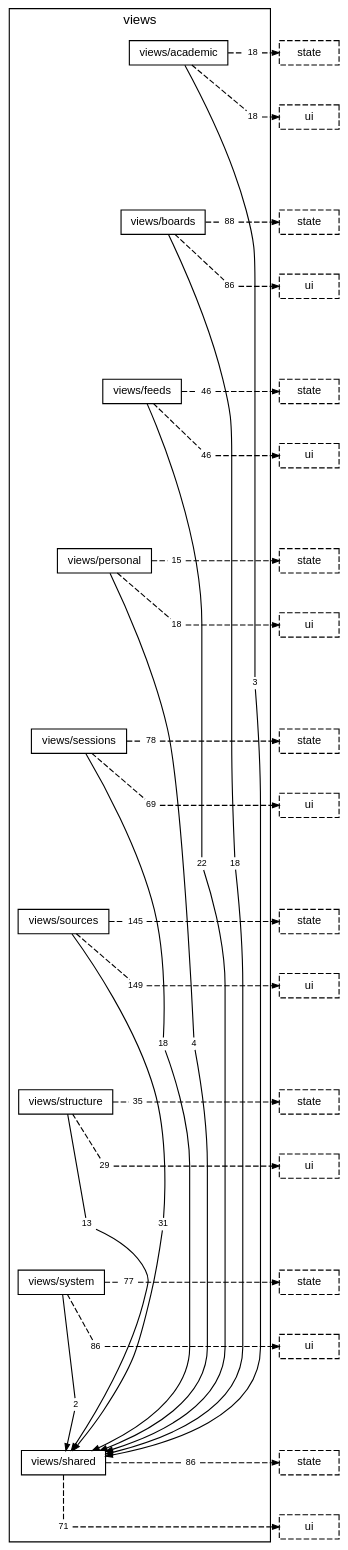
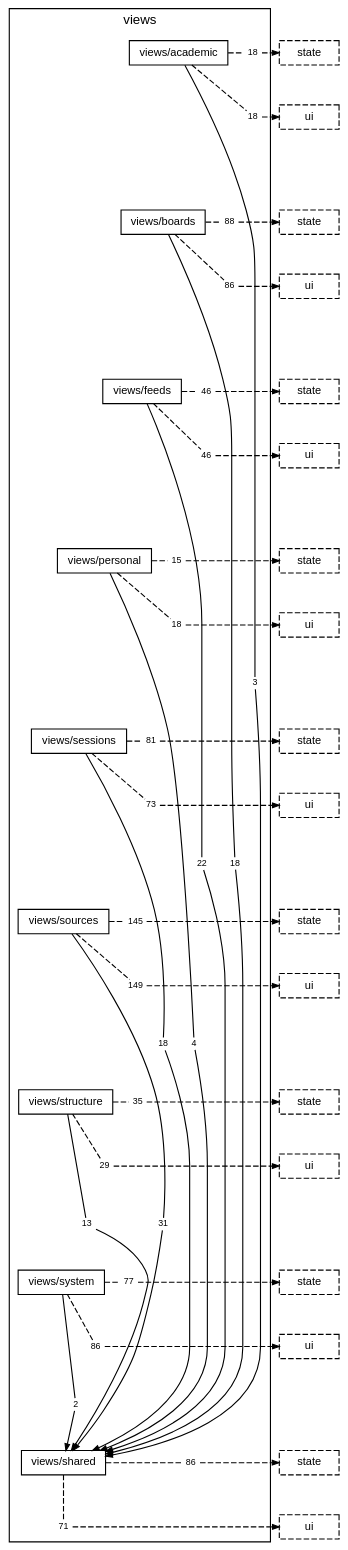
The diagram in docs/diagrams/layer-views.dot (TheAxeC/oculus), drawn with Graphviz before and after one commit. The commit also changed 92 other files, not shown here.

```diff
--- a/docs/diagrams/layer-views.dot
+++ b/docs/diagrams/layer-views.dot
@@ -26,8 +26,8 @@
         "folder views/personal to layer state" [label="15", shape=box, color="transparent", fontsize=8, width=0, height=0, margin="0.04,0.02"];
         "folder views/personal to layer ui" [label="18", shape=box, color="transparent", fontsize=8, width=0, height=0, margin="0.04,0.02"];
         "folder views/sessions to folder views/shared" [label="18", shape=box, color="transparent", fontsize=8, width=0, height=0, margin="0.04,0.02"];
-        "folder views/sessions to layer state" [label="78", shape=box, color="transparent", fontsize=8, width=0, height=0, margin="0.04,0.02"];
-        "folder views/sessions to layer ui" [label="69", shape=box, color="transparent", fontsize=8, width=0, height=0, margin="0.04,0.02"];
+        "folder views/sessions to layer state" [label="81", shape=box, color="transparent", fontsize=8, width=0, height=0, margin="0.04,0.02"];
+        "folder views/sessions to layer ui" [label="73", shape=box, color="transparent", fontsize=8, width=0, height=0, margin="0.04,0.02"];
         "folder views/sources to folder views/shared" [label="31", shape=box, color="transparent", fontsize=8, width=0, height=0, margin="0.04,0.02"];
         "folder views/sources to layer state" [label="145", shape=box, color="transparent", fontsize=8, width=0, height=0, margin="0.04,0.02"];
         "folder views/sources to layer ui" [label="149", shape=box, color="transparent", fontsize=8, width=0, height=0, margin="0.04,0.02"];
```
